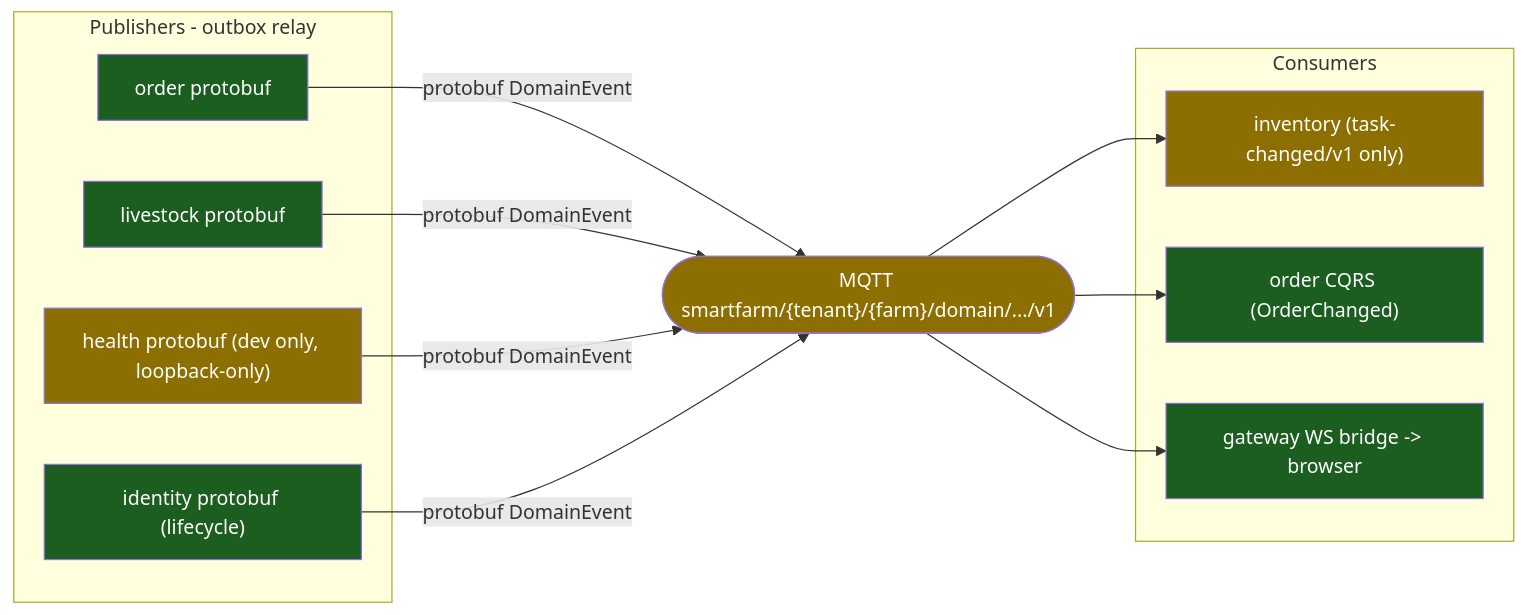
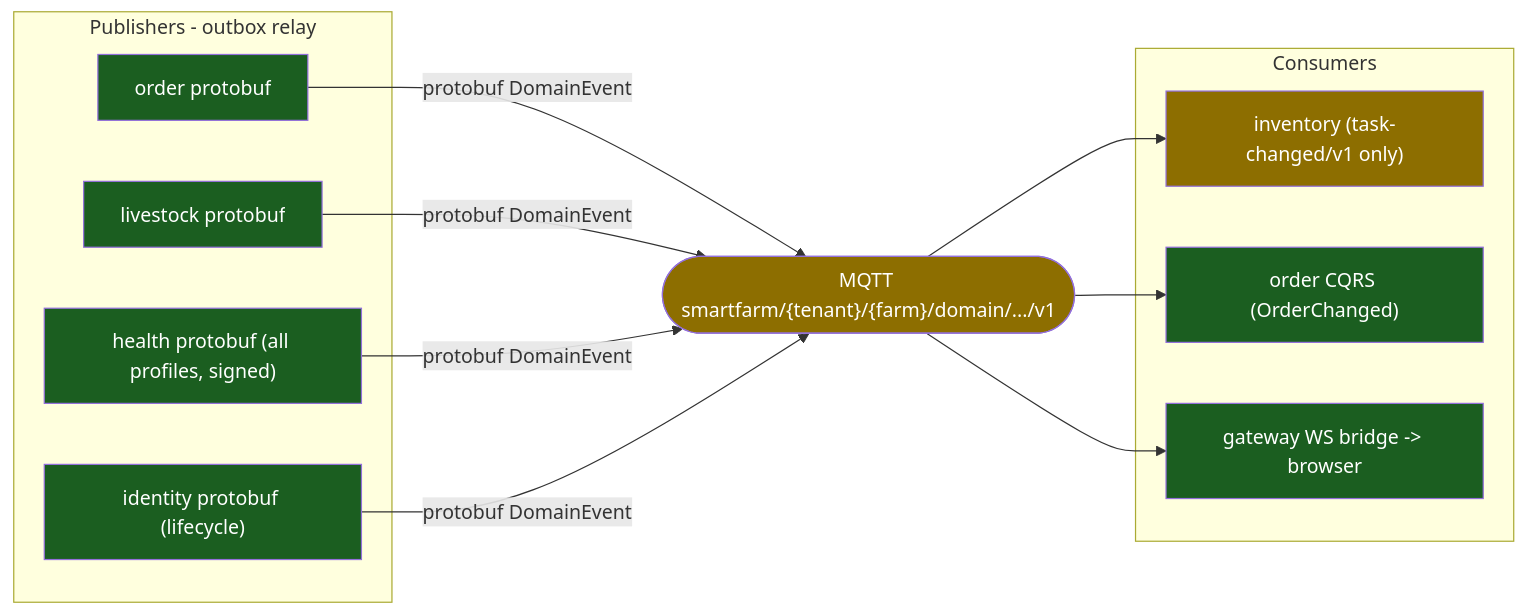
The seventh of 7 diagrams in docs/architecture/system-overview.md (hatrongvu13/smartfarm-platform-maven-starter), drawn with Mermaid before and after one commit. The commit also changed other lines of this file and 2 other files, not shown here.

````diff
--- a/docs/architecture/system-overview.md
+++ b/docs/architecture/system-overview.md
@@ -176,20 +177,20 @@
 ```mermaid
 flowchart LR
   subgraph pub[Publishers - outbox relay]
     ord["order protobuf"]:::ok
     liv["livestock protobuf"]:::ok
-    hea["health protobuf (dev only, loopback-only)"]:::partial
+    hea["health protobuf (all profiles, signed)"]:::ok
     id["identity protobuf (lifecycle)"]:::ok
   end
   broker(["MQTT smartfarm/{tenant}/{farm}/domain/.../v1"]):::partial
   subgraph sub[Consumers]
     inv["inventory (task-changed/v1 only)"]:::partial
     ordc["order CQRS (OrderChanged)"]:::ok
     wsb["gateway WS bridge -> browser"]:::ok
   end
   ord & liv & hea & id -->|protobuf DomainEvent| broker
   broker --> inv & ordc & wsb
   classDef ok fill:#1b5e20,color:#fff;
   classDef partial fill:#8d6e00,color:#fff;
   classDef missing fill:#8e1b1b,color:#fff;
 ```
````
